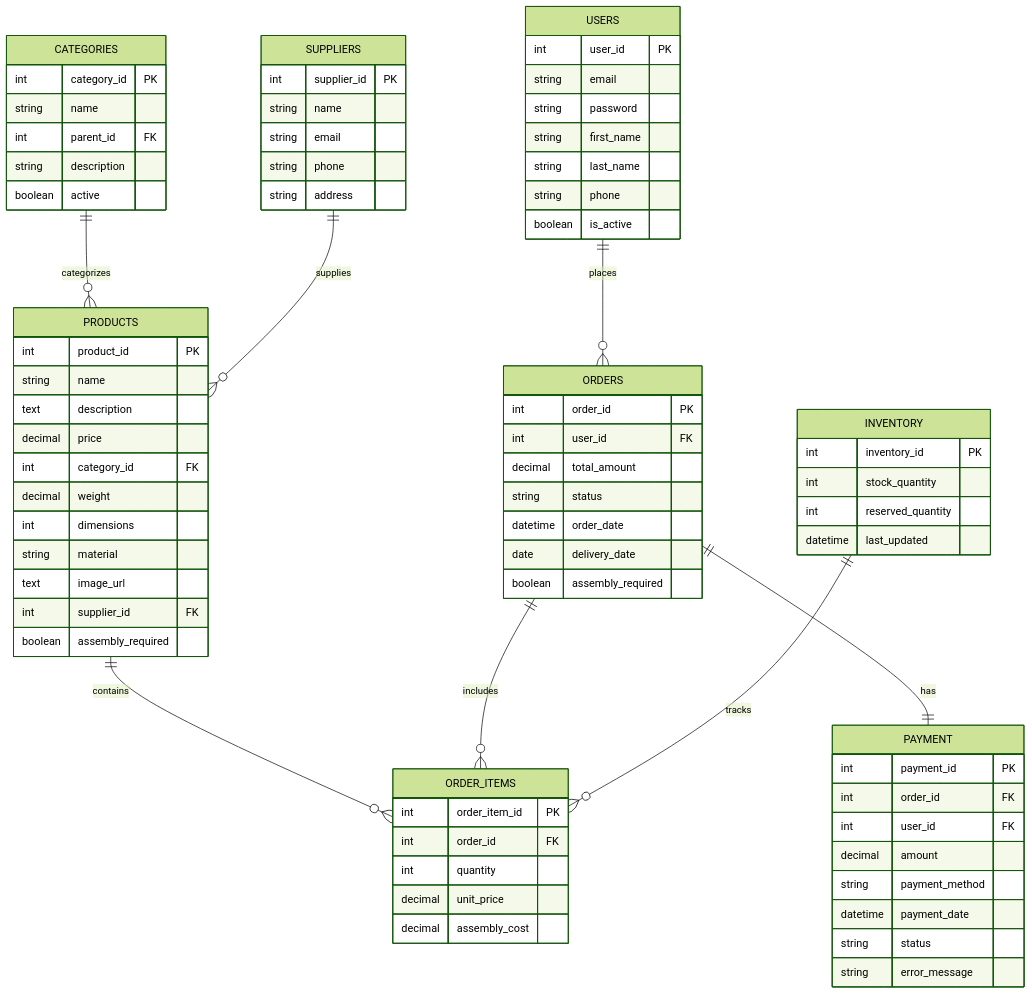
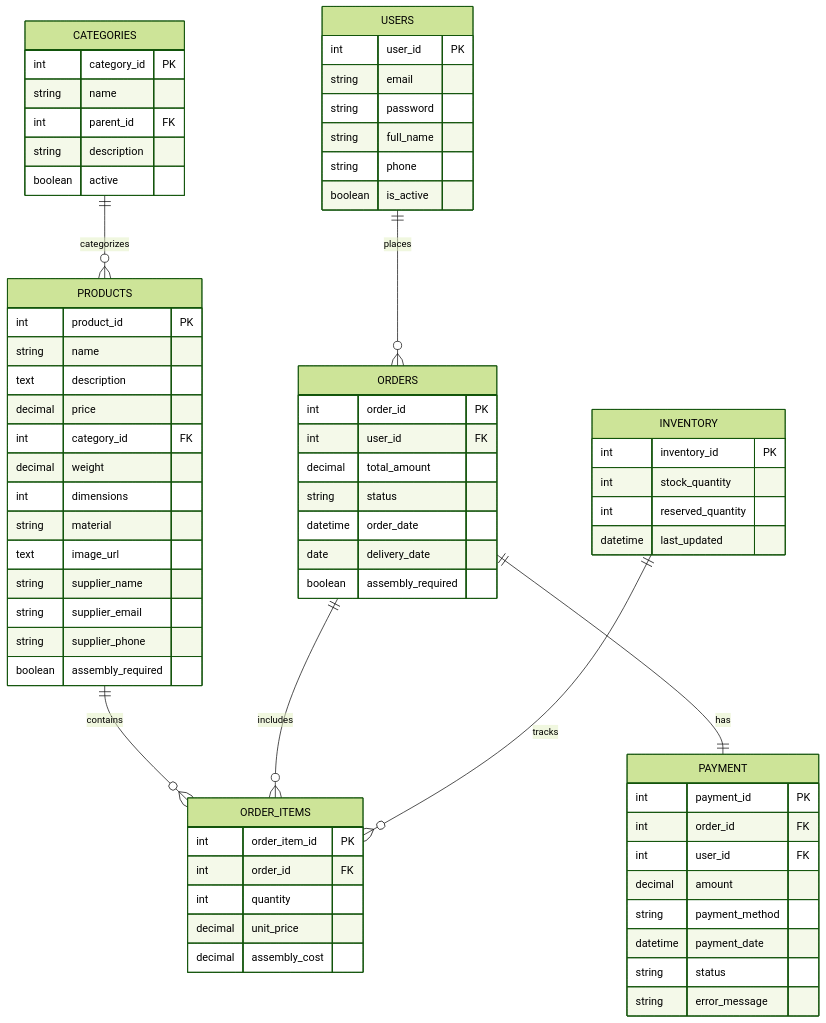
The diagram in furniture_db_diagram.mermaid (Akanksha-codes/furniture-webshop), drawn with Mermaid (forest theme) before and after one commit.

```diff
--- a/furniture_db_diagram.mermaid
+++ b/furniture_db_diagram.mermaid
@@ -1,84 +1,75 @@
 erDiagram
     USERS ||--o{ ORDERS : places
     USERS {
         int user_id PK
         string email
         string password
-        string first_name
-        string last_name
+        string full_name
         string phone
         boolean is_active
        
     }
 
     PRODUCTS ||--o{ ORDER_ITEMS : contains
     PRODUCTS {
         int product_id PK
         string name
         text description
         decimal price
         int category_id FK
         decimal weight
         int dimensions
         string material
         text image_url
-        int supplier_id FK
+        string supplier_name
+        string supplier_email
+        string supplier_phone
         boolean assembly_required
     }
    CATEGORIES ||--o{ PRODUCTS : categorizes
     CATEGORIES {
         int category_id PK
         string name
         int parent_id FK
         string description
         boolean active
     }
 
     ORDERS ||--o{ ORDER_ITEMS : includes
     ORDERS ||--|| PAYMENT : has
     ORDERS {
         int order_id PK
         int user_id FK
         decimal total_amount
         string status
         datetime order_date
         date delivery_date
         boolean assembly_required
     }
 
     PAYMENT {
         int payment_id PK
         int order_id FK
         int user_id FK
         decimal amount
         string payment_method
         datetime payment_date
         string status
         string error_message
     }
 
     ORDER_ITEMS {
         int order_item_id PK
         int order_id FK
         int quantity
         decimal unit_price
         decimal assembly_cost
     }
 
     INVENTORY ||--o{ ORDER_ITEMS : tracks
     INVENTORY {
         int inventory_id PK
         int stock_quantity
         int reserved_quantity
         datetime last_updated
     }
-
-    SUPPLIERS ||--o{ PRODUCTS : supplies
-    SUPPLIERS {
-        int supplier_id PK
-        string name
-        string email
-        string phone
-        string address
-       
-    }
```
